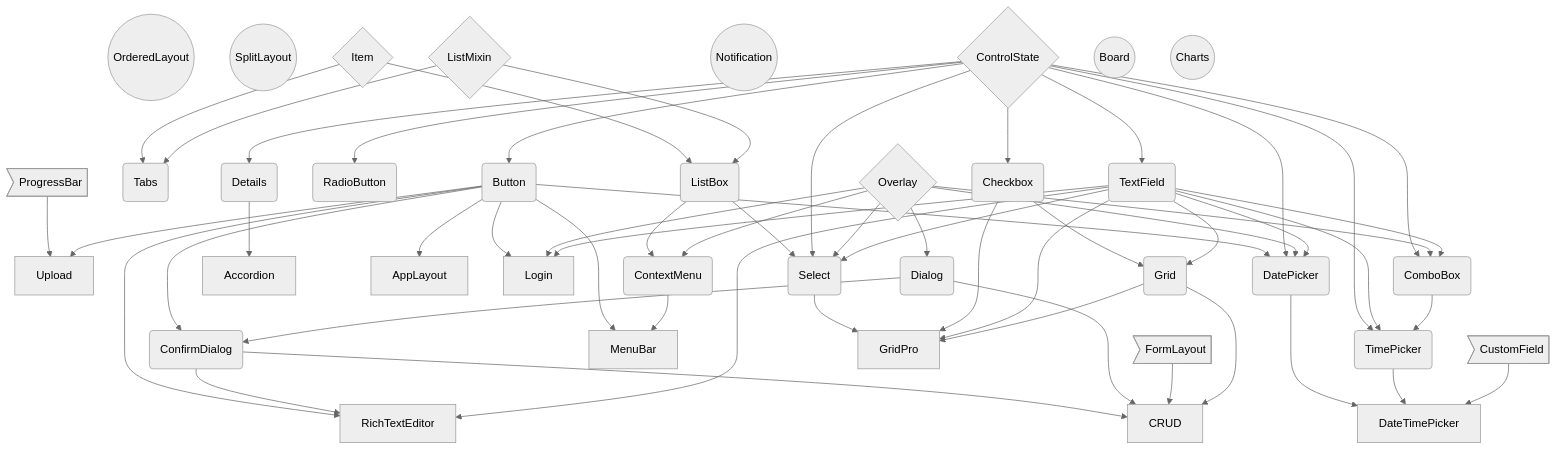
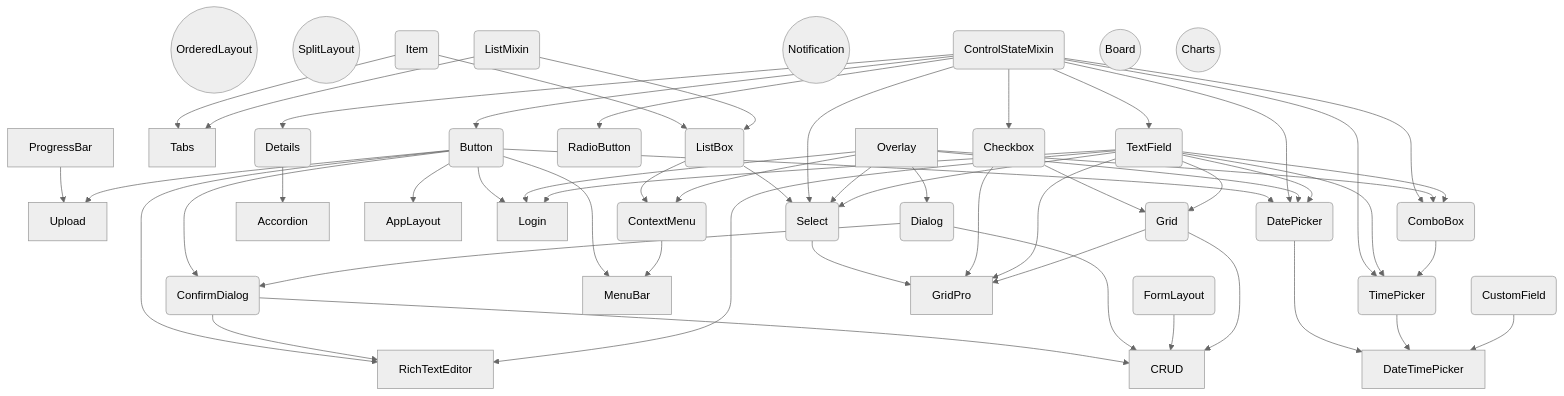
The diagram in COMPONENTS.md (web-padawan/components-flowchart), drawn with Mermaid (neutral theme) before and after one commit. The commit also changed 1 other file, not shown here.

Commit message:
Simplify components graph, reduce used nodes

```diff
--- a/COMPONENTS.md
+++ b/COMPONENTS.md
@@ -3,25 +3,25 @@
 OL((OrderedLayout))
 SL((SplitLayout))
 
-PB>ProgressBar]
+PB[ProgressBar]
 PB --> U[Upload]
 
-LM{ListMixin}
-I{Item}
+LM(ListMixin)
+I(Item)
 
 N((Notification))
 
-I --> TB(Tabs)
+I --> TB[Tabs]
 I --> LB(ListBox)
 LM --> TB
 LM --> LB
 LB --> CM(ContextMenu)
 LB --> S(Select)
 
-CSM{ControlState}
+CSM(ControlStateMixin)
 
+CSM --> DT(Details)
 CSM --> RB(RadioButton)
-CSM --> DT(Details)
 DT --> A[Accordion]
 
 CSM --> B(Button)
@@ -40,7 +40,7 @@
 CSM --> TP(TimePicker)
 CSM --> S
 
-O{Overlay}
+O[Overlay]
 O --> LG
 O --> D(Dialog)
 O --> DP
@@ -53,7 +53,7 @@
 
 D --> CD
 
-FL>FormLayout]
+FL(FormLayout)
 
 T --> LG
 T --> S
@@ -70,7 +70,7 @@
 C --> GP
 T --> GP
 
-CF>CustomField]
+CF(CustomField)
 CF --> DTP
 
 C --> G(Grid)
```
